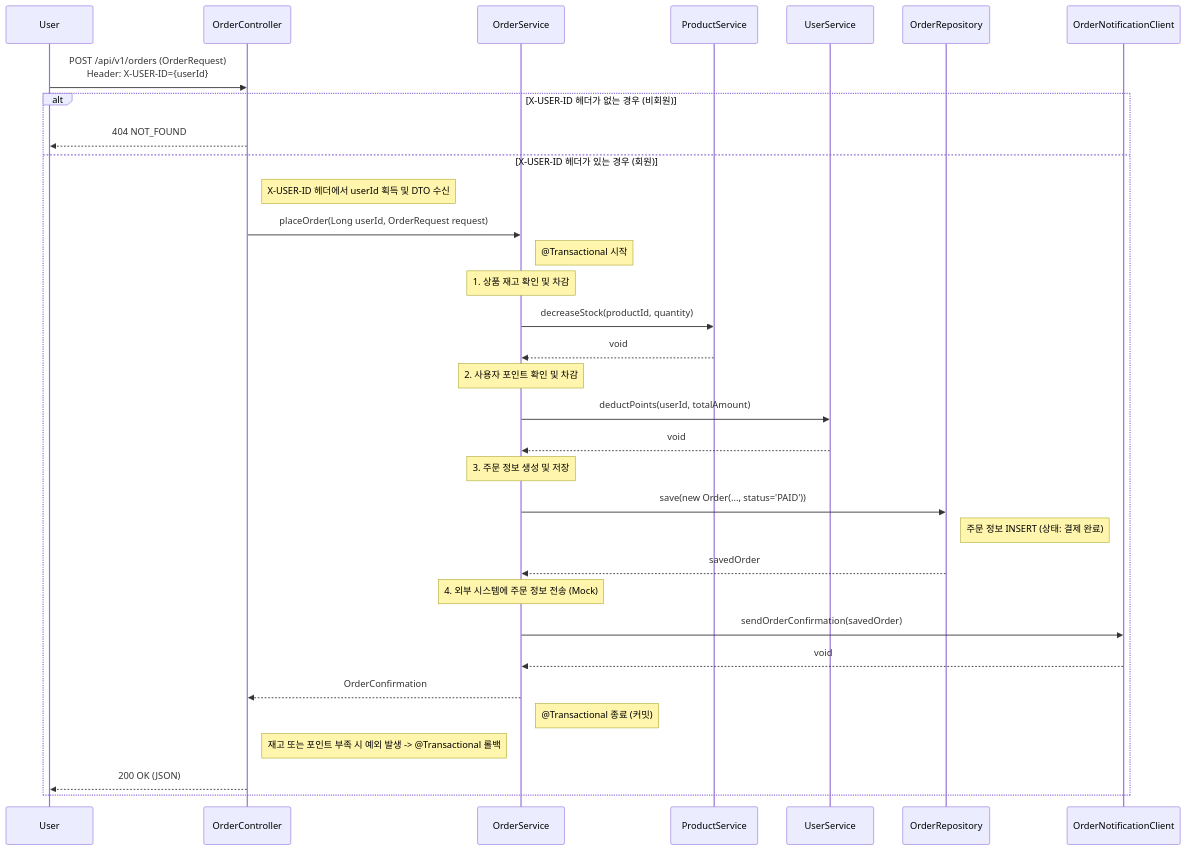
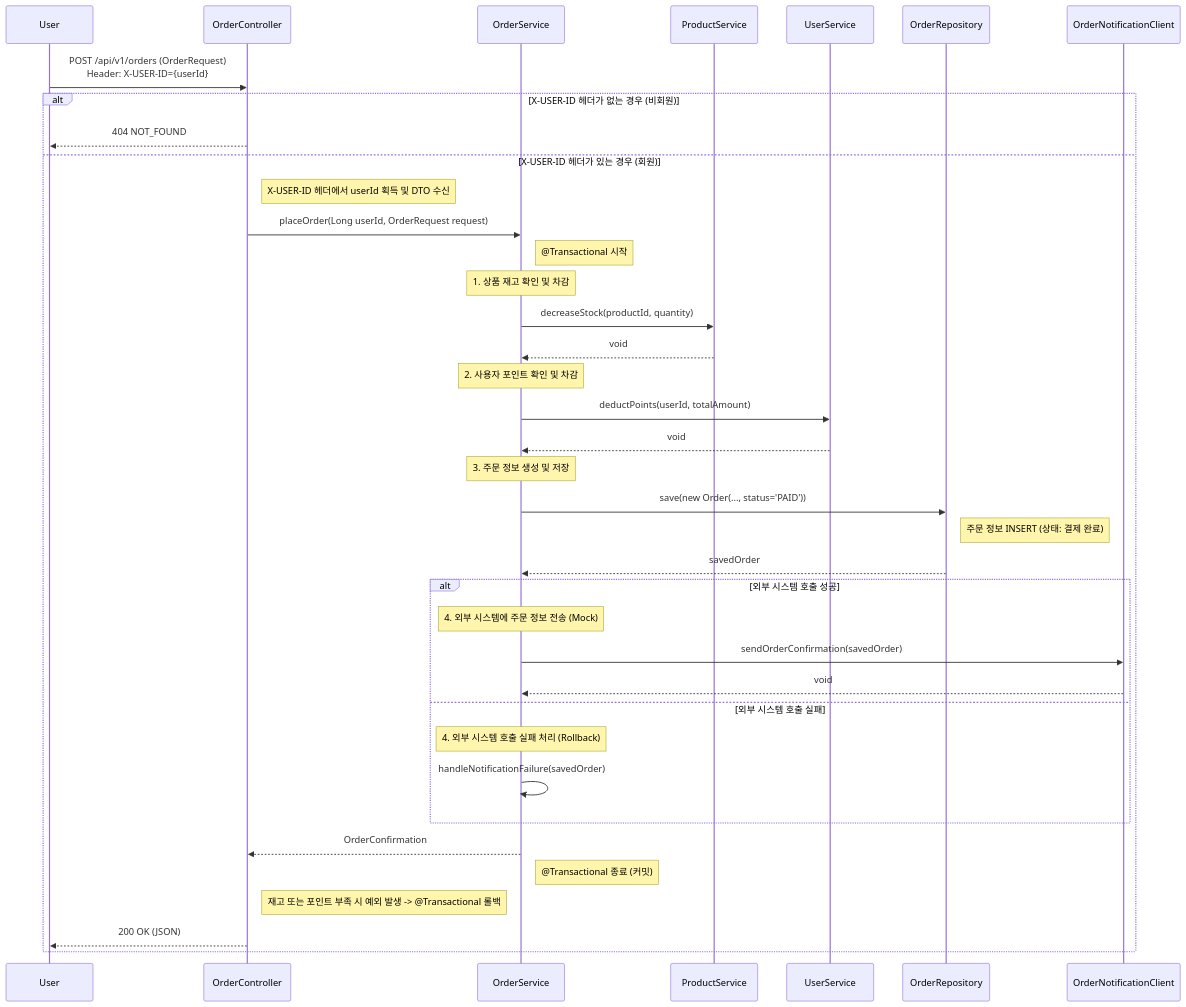
The fifth of 5 diagrams in docs/week2/02-sequence-diagrams.md (Loopers-dev-lab/loopers-spring-java-template), drawn with Mermaid before and after one commit. The commit also changed 2 other files, not shown here.

Commit message:
refactor: 설계문서 피드백 반영
- 01-requirements.md : 부분 실패 시나리오 명확화
- 02-sequence-diagrams.md : 외부 시스템 연동 시 오류 처리 시나리오 추가
- 04-erd.md : 불필요 컬럼 삭제

````diff
--- a/docs/week2/02-sequence-diagrams.md
+++ b/docs/week2/02-sequence-diagrams.md
@@ -162,43 +162,48 @@
 ```mermaid
 sequenceDiagram
     participant User
     participant OrderController
     participant OrderService
     participant ProductService
     participant UserService
     participant OrderRepository
     participant OrderNotificationClient
 
     User->>OrderController: POST /api/v1/orders (OrderRequest)<br>Header: X-USER-ID={userId}
 
     alt X-USER-ID 헤더가 없는 경우 (비회원)
         OrderController-->>User: 404 NOT_FOUND
     else X-USER-ID 헤더가 있는 경우 (회원)
         Note right of OrderController: X-USER-ID 헤더에서 userId 획득 및 DTO 수신
         OrderController->>OrderService: placeOrder(Long userId, OrderRequest request)
         Note right of OrderService: @Transactional 시작
 
         Note over OrderService: 1. 상품 재고 확인 및 차감
         OrderService->>ProductService: decreaseStock(productId, quantity)
         ProductService-->>OrderService: void
 
         Note over OrderService: 2. 사용자 포인트 확인 및 차감
         OrderService->>UserService: deductPoints(userId, totalAmount)
         UserService-->>OrderService: void
 
         Note over OrderService: 3. 주문 정보 생성 및 저장
         OrderService->>OrderRepository: save(new Order(..., status='PAID'))
         Note right of OrderRepository: 주문 정보 INSERT (상태: 결제 완료)
         OrderRepository-->>OrderService: savedOrder
 
-        Note over OrderService: 4. 외부 시스템에 주문 정보 전송 (Mock)
-        OrderService->>OrderNotificationClient: sendOrderConfirmation(savedOrder)
-        OrderNotificationClient-->>OrderService: void
+        alt 외부 시스템 호출 성공
+            Note over OrderService: 4. 외부 시스템에 주문 정보 전송 (Mock)
+            OrderService->>OrderNotificationClient: sendOrderConfirmation(savedOrder)
+            OrderNotificationClient-->>OrderService: void
+        else 외부 시스템 호출 실패
+            Note over OrderService: 4. 외부 시스템 호출 실패 처리 (Rollback)
+            OrderService->>OrderService: handleNotificationFailure(savedOrder)
+        end
 
         OrderService-->>OrderController: OrderConfirmation
         Note right of OrderService: @Transactional 종료 (커밋)
         Note left of OrderService: 재고 또는 포인트 부족 시 예외 발생 -> @Transactional 롤백
 
         OrderController-->>User: 200 OK (JSON)
     end
 ```
````
